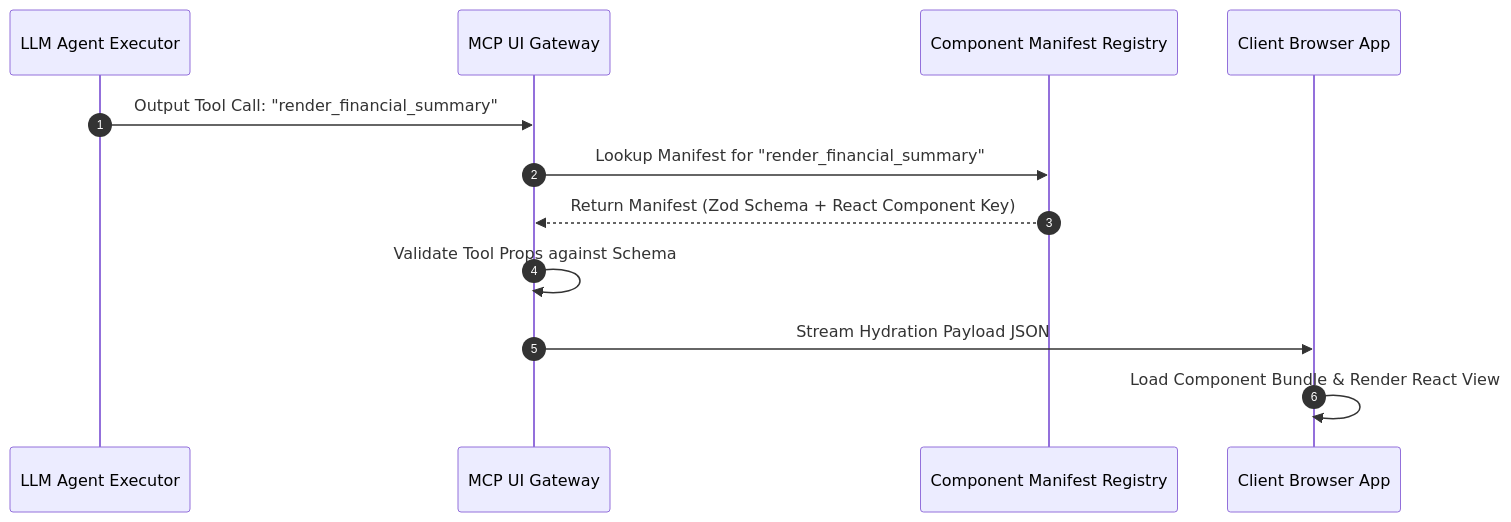
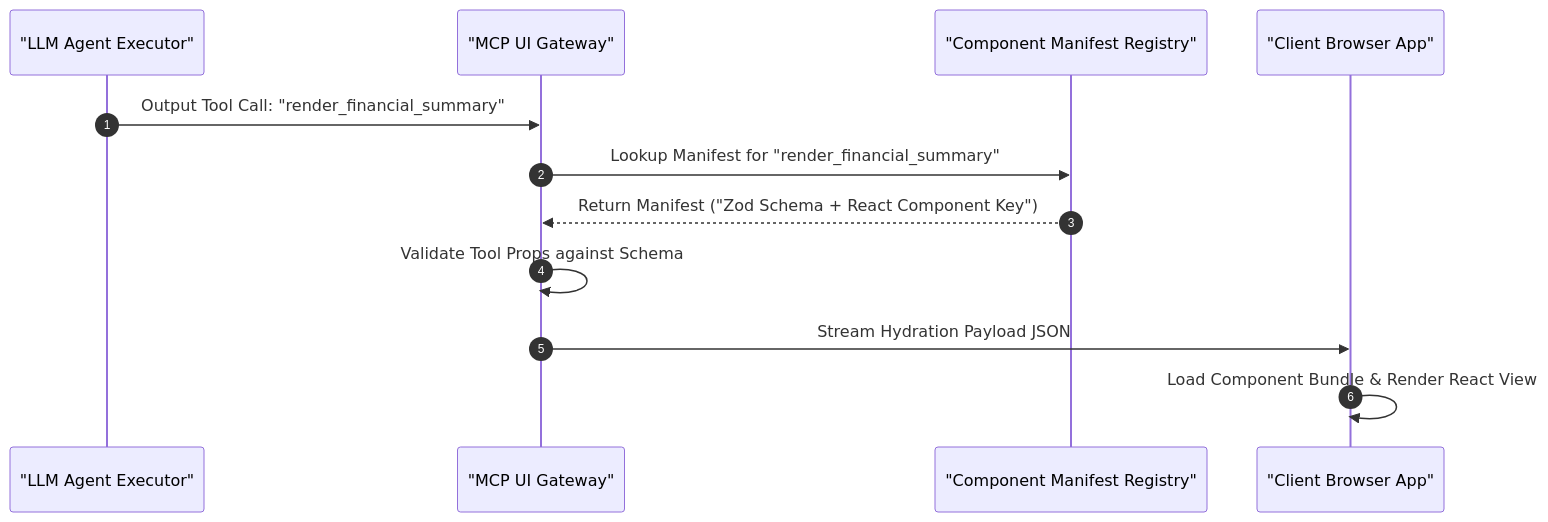
One commit to vesviet/vesviet changed the second of 3 diagrams in content/series/generative-ui-architecture/part-3-component-registry.md. Above: the diagram before and after it, drawn with Mermaid. The commit also changed other lines of this file and 331 other files, not shown here.

````diff
--- a/content/series/generative-ui-architecture/part-3-component-registry.md
+++ b/content/series/generative-ui-architecture/part-3-component-registry.md
@@ -52,15 +53,15 @@
 ```mermaid
 sequenceDiagram
     autonumber
-    participant LLM as LLM Agent Executor
-    participant Gateway as MCP UI Gateway
-    participant Registry as Component Manifest Registry
-    participant Browser as Client Browser App
+    participant LLM as "LLM Agent Executor"
+    participant Gateway as "MCP UI Gateway"
+    participant Registry as "Component Manifest Registry"
+    participant Browser as "Client Browser App"
 
     LLM->>Gateway: Output Tool Call: "render_financial_summary"
     Gateway->>Registry: Lookup Manifest for "render_financial_summary"
-    Registry-->>Gateway: Return Manifest (Zod Schema + React Component Key)
+    Registry-->>Gateway: Return Manifest ("Zod Schema + React Component Key")
     Gateway->>Gateway: Validate Tool Props against Schema
     Gateway->>Browser: Stream Hydration Payload JSON
     Browser->>Browser: Load Component Bundle & Render React View
 ```
````
